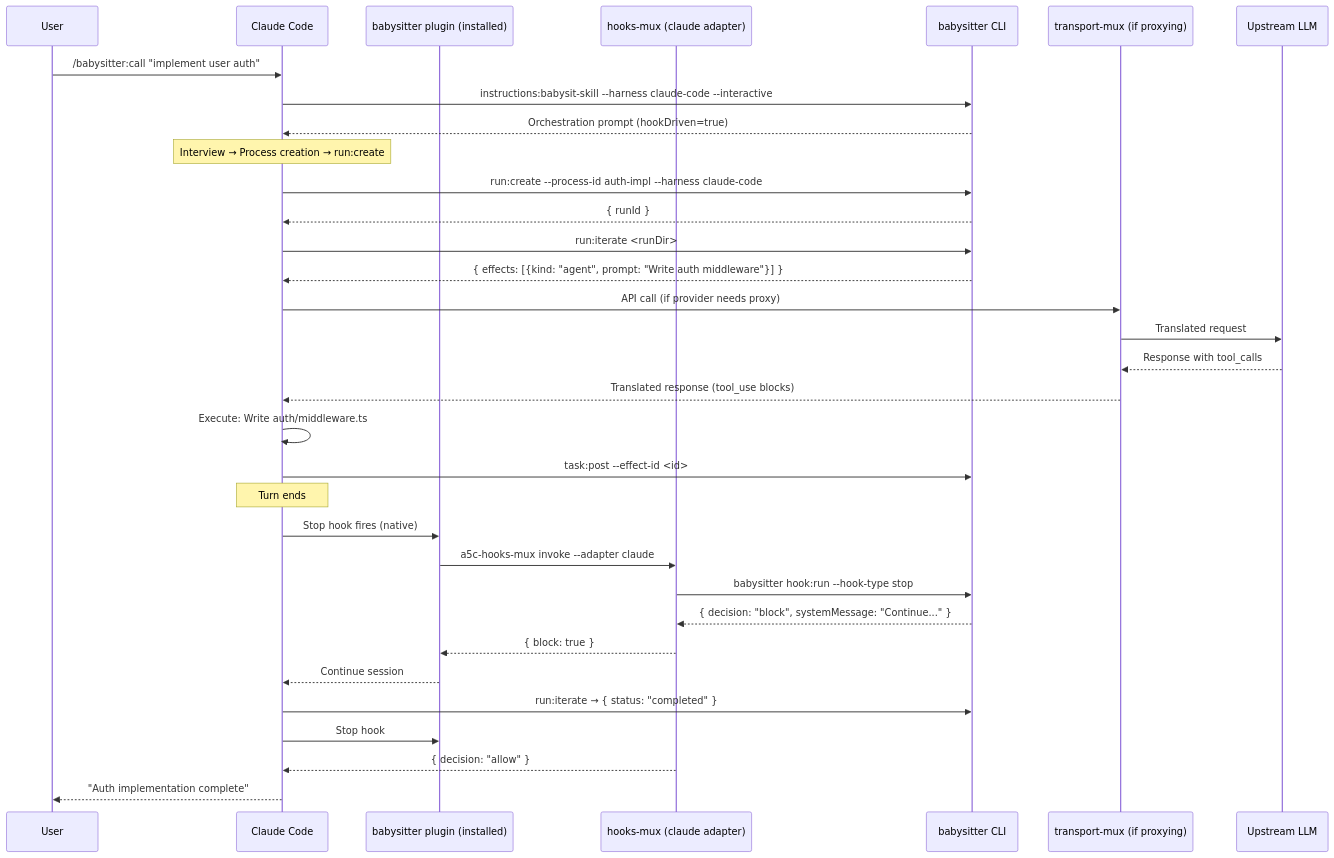
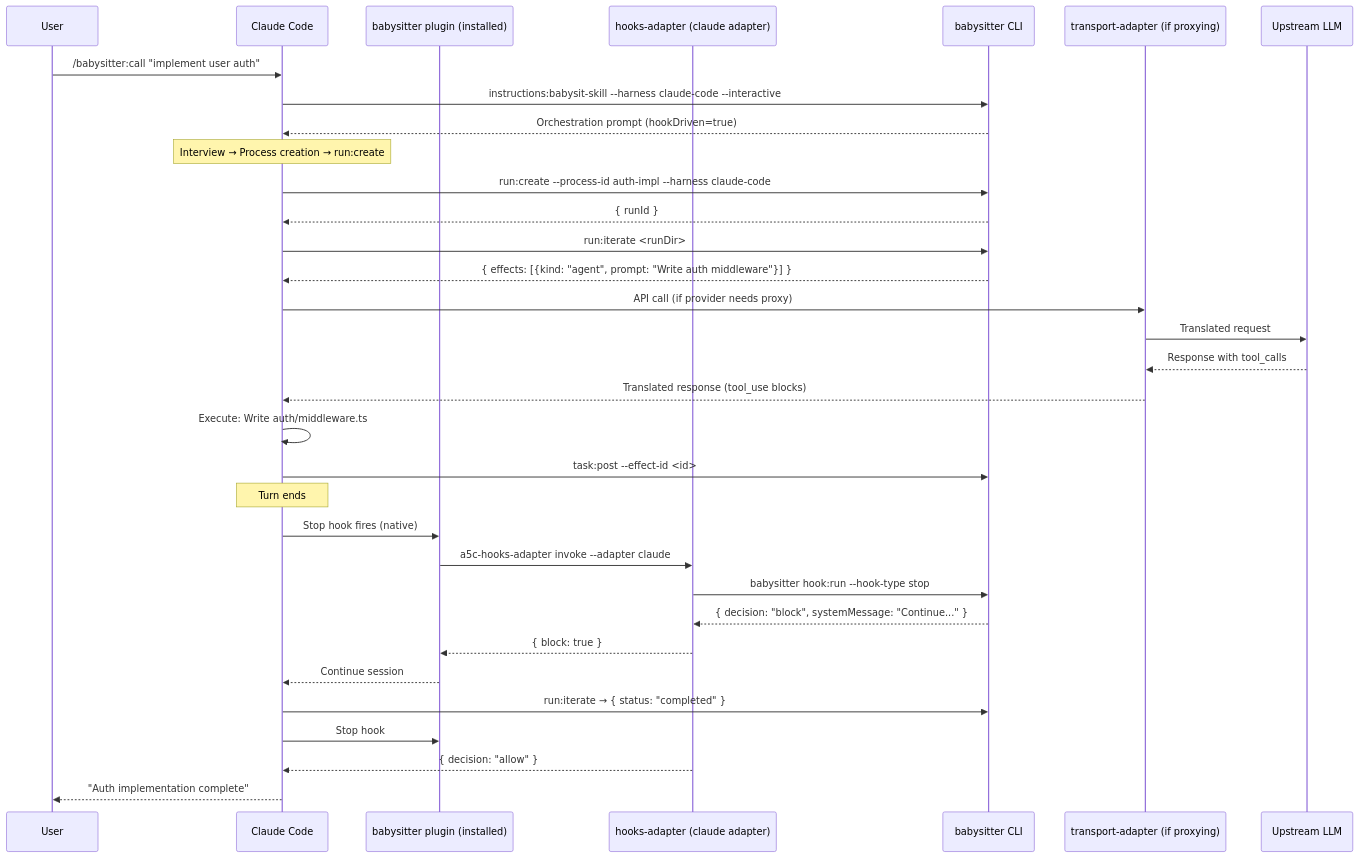
One commit to danielkman/babysitter changed diagram 13 of 16 in docs/development/03-babysitter-plugin-flows.md. Above: the diagram before and after it, drawn with Mermaid. The commit also changed other lines of this file and 682 other files, not shown here.

First line of the commit message:
refactor: eliminate -mux terminology from source — use -adapter

````diff
--- a/docs/development/03-babysitter-plugin-flows.md
+++ b/docs/development/03-babysitter-plugin-flows.md
@@ -420,42 +420,42 @@
 ```mermaid
 sequenceDiagram
     participant U as User
     participant CC as Claude Code
     participant PLUGIN as babysitter plugin (installed)
-    participant HM as hooks-mux (claude adapter)
+    participant HM as hooks-adapter (claude adapter)
     participant SDK as babysitter CLI
-    participant TM as transport-mux (if proxying)
+    participant TM as transport-adapter (if proxying)
     participant LLM as Upstream LLM
 
     U->>CC: /babysitter:call "implement user auth"
     CC->>SDK: instructions:babysit-skill --harness claude-code --interactive
     SDK-->>CC: Orchestration prompt (hookDriven=true)
 
     Note over CC: Interview → Process creation → run:create
     CC->>SDK: run:create --process-id auth-impl --harness claude-code
     SDK-->>CC: { runId }
 
     CC->>SDK: run:iterate <runDir>
     SDK-->>CC: { effects: [{kind: "agent", prompt: "Write auth middleware"}] }
     
     CC->>TM: API call (if provider needs proxy)
     TM->>LLM: Translated request
     LLM-->>TM: Response with tool_calls
     TM-->>CC: Translated response (tool_use blocks)
     
     CC->>CC: Execute: Write auth/middleware.ts
     CC->>SDK: task:post --effect-id <id>
     
     Note over CC: Turn ends
     CC->>PLUGIN: Stop hook fires (native)
-    PLUGIN->>HM: a5c-hooks-mux invoke --adapter claude
+    PLUGIN->>HM: a5c-hooks-adapter invoke --adapter claude
     HM->>SDK: babysitter hook:run --hook-type stop
     SDK-->>HM: { decision: "block", systemMessage: "Continue..." }
     HM-->>PLUGIN: { block: true }
     PLUGIN-->>CC: Continue session
 
     CC->>SDK: run:iterate → { status: "completed" }
     CC->>PLUGIN: Stop hook
     HM-->>CC: { decision: "allow" }
     CC-->>U: "Auth implementation complete"
 ```
````
